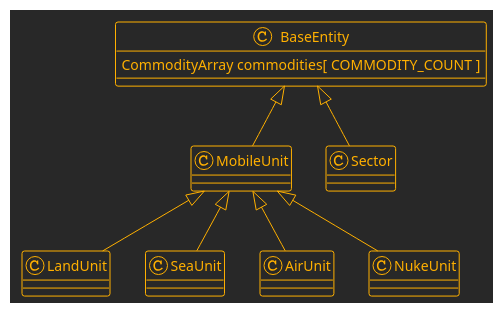
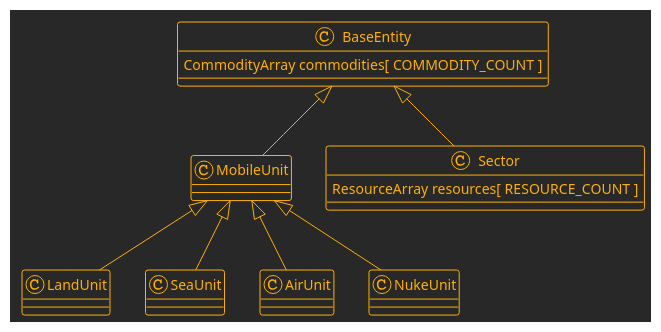
The fifth of 10 diagrams in DESIGN_CONCEPTS.md (marknelsonengineer/empire), drawn with PlantUML before and after one commit. The commit also changed other lines of this file and 4 other files, not shown here.

```diff
--- a/DESIGN_CONCEPTS.md
+++ b/DESIGN_CONCEPTS.md
@@ -183,23 +175,24 @@
 @startuml
 !theme crt-amber
 
-class Sector
+class Sector {
+   ResourceArray resources[ RESOURCE_COUNT ]
+}
 class BaseEntity {
-  CommodityArray commodities[ COMMODITY_COUNT ]
+   CommodityArray commodities[ COMMODITY_COUNT ]
 }
 
 class MobileUnit
 class LandUnit
 class SeaUnit
 class AirUnit
 class NukeUnit
 
-' Relationships
-Sector          -up-|> BaseEntity
-MobileUnit        -up-|> BaseEntity
-LandUnit        -up-|> MobileUnit
-SeaUnit         -up-|> MobileUnit
-AirUnit         -up-|> MobileUnit
-NukeUnit        -up-|> MobileUnit
+Sector      -up-|> BaseEntity
+MobileUnit  -up-|> BaseEntity
+LandUnit    -up-|> MobileUnit
+SeaUnit     -up-|> MobileUnit
+AirUnit     -up-|> MobileUnit
+NukeUnit    -up-|> MobileUnit
 
 @enduml
```
